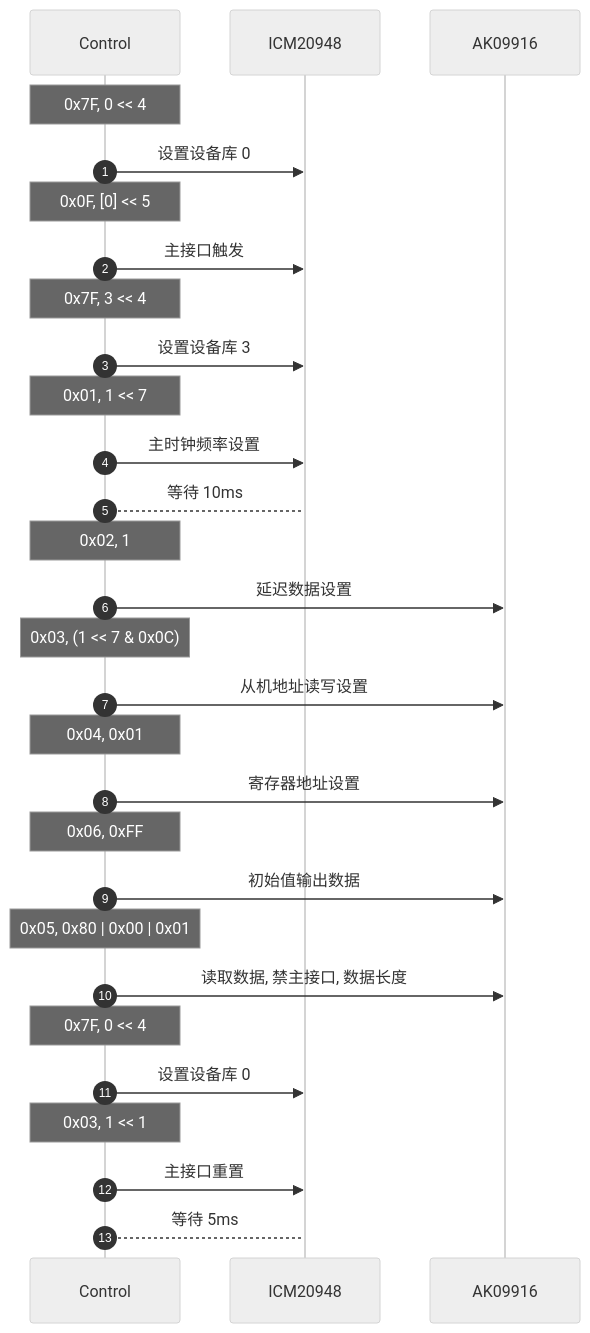
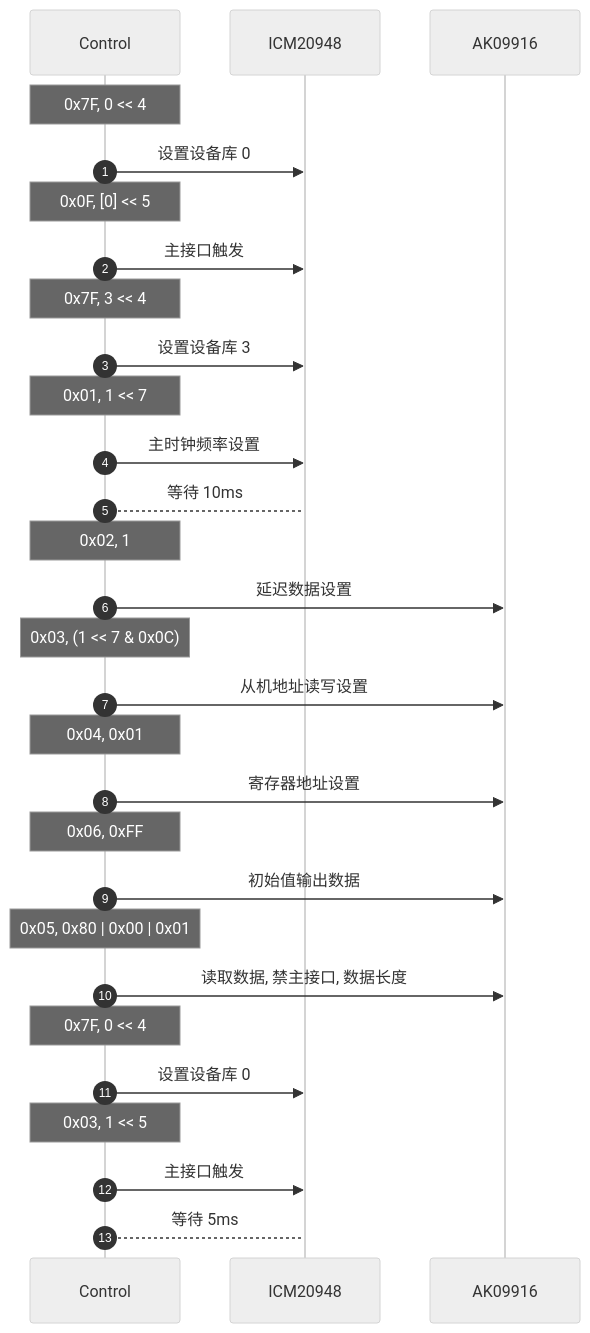
Before and after one commit to hkdickyko/hkdickyko.github.io: the fourth of 4 diagrams in _posts/2025-04-06-mdchart.md, drawn with Mermaid (neutral theme).

```diff
--- a/_posts/2025-04-06-mdchart.md
+++ b/_posts/2025-04-06-mdchart.md
@@ -193,32 +193,32 @@
 <div class="mermaid">
 sequenceDiagram;
    autonumber;
    participant C as Control;
    participant I as ICM20948;
    participant A as AK09916;
    note over C: 0x7F, 0 << 4;
    C->>I: 设置设备库 0;
    note over C: 0x0F, [0] << 5
    C->>I: 主接口触发;
    note over C: 0x7F, 3 << 4;
    C->>I: 设置设备库 3;
    note over C: 0x01, 1 << 7;
    C->>I: 主时钟频率设置;
    C-->I: 等待 10ms;
    note over C: 0x02, 1;
    C->>A: 延迟数据设置;
    note over C: 0x03, (1 << 7 & 0x0C);
    C->>A: 从机地址读写设置;
    note over C: 0x04, 0x01;
    C->>A: 寄存器地址设置;
    note over C: 0x06, 0xFF;
    C->>A: 初始值输出数据;
    note over C: 0x05, 0x80 | 0x00 | 0x01;
    C->>A: 读取数据, 禁主接口, 数据长度;
    note over C: 0x7F, 0 << 4;
    C->>I: 设置设备库 0;
-   note over C: 0x03, 1 << 1
-   C->>I: 主接口重置;
+   note over C: 0x03, 1 << 5
+   C->>I: 主接口触发;
    C-->I: 等待 5ms;
 
 </div>   
```
